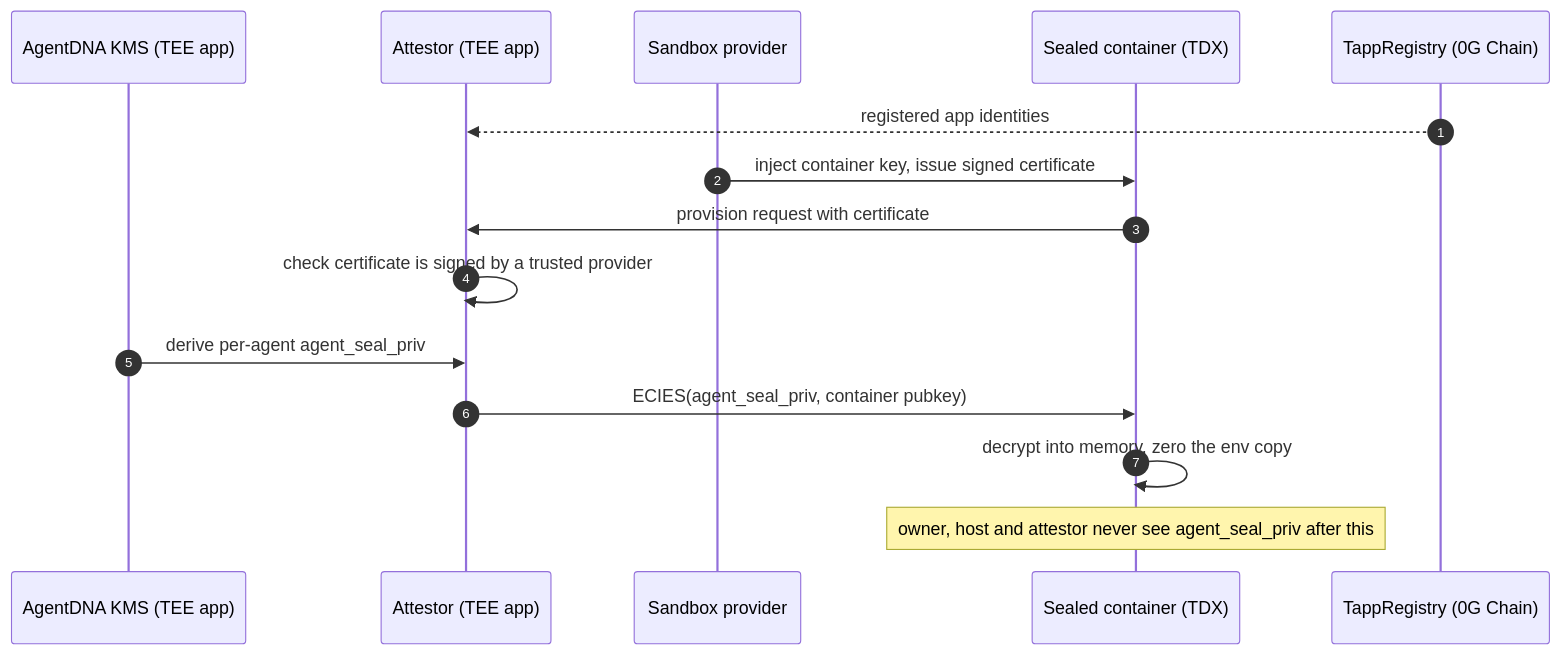
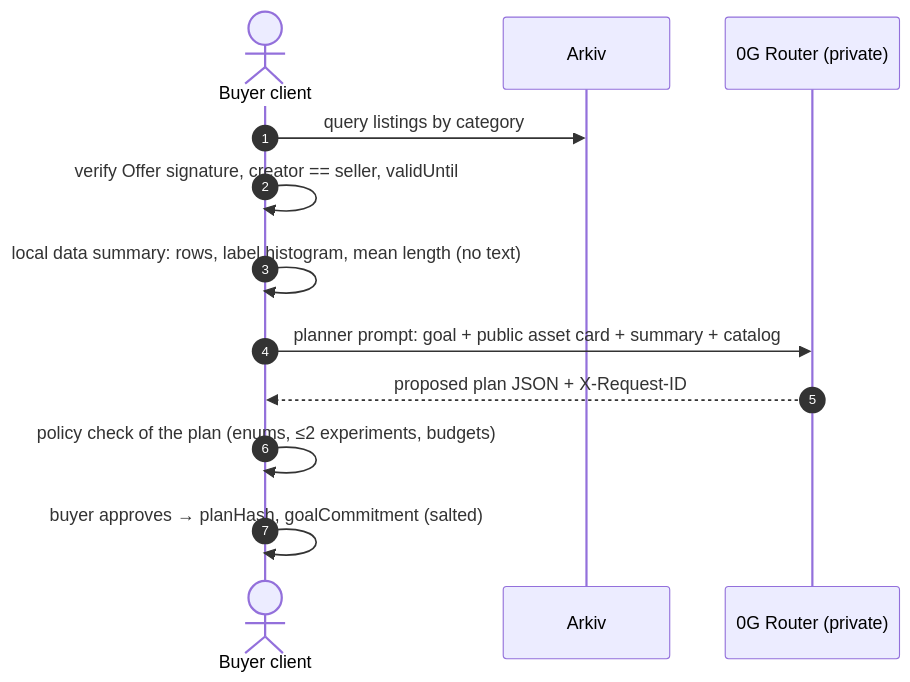
One commit to Soni-Shivam/Pivot_HTE changed the fifth of 16 diagrams in docs/ARCHITECTURE.md. Above: the diagram before and after it, drawn with Mermaid. The commit also changed other lines of this file and 9 other files, not shown here.

First line of the commit message:
Revise plan after PR review: restore customization agent and two-party worker

````diff
--- a/docs/ARCHITECTURE.md
+++ b/docs/ARCHITECTURE.md
@@ -131,17 +149,14 @@
 ```mermaid
 sequenceDiagram
     autonumber
-    participant KMS as AgentDNA KMS (TEE app)
-    participant ATT as Attestor (TEE app)
-    participant SP as Sandbox provider
-    participant C as Sealed container (TDX)
-    participant REG as TappRegistry (0G Chain)
-    REG-->>ATT: registered app identities
-    SP->>C: inject container key, issue signed certificate
-    C->>ATT: provision request with certificate
-    ATT->>ATT: check certificate is signed by a trusted provider
-    KMS->>ATT: derive per-agent agent_seal_priv
-    ATT->>C: ECIES(agent_seal_priv, container pubkey)
-    C->>C: decrypt into memory, zero the env copy
-    Note over C: owner, host and attestor never see agent_seal_priv after this
+    actor B as Buyer client
+    participant AK as Arkiv
+    participant R as 0G Router (private)
+    B->>AK: query listings by category
+    B->>B: verify Offer signature, creator == seller, validUntil
+    B->>B: local data summary: rows, label histogram, mean length (no text)
+    B->>R: planner prompt: goal + public asset card + summary + catalog
+    R-->>B: proposed plan JSON + X-Request-ID
+    B->>B: policy check of the plan (enums, ≤2 experiments, budgets)
+    B->>B: buyer approves → planHash, goalCommitment (salted)
 ```
````
